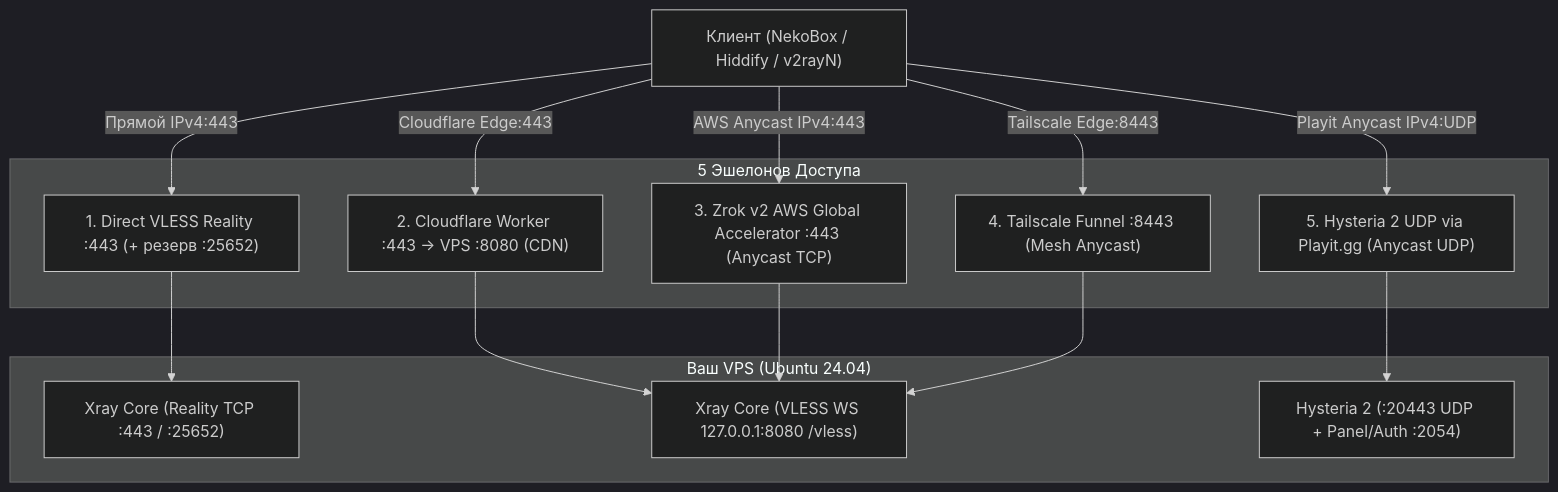
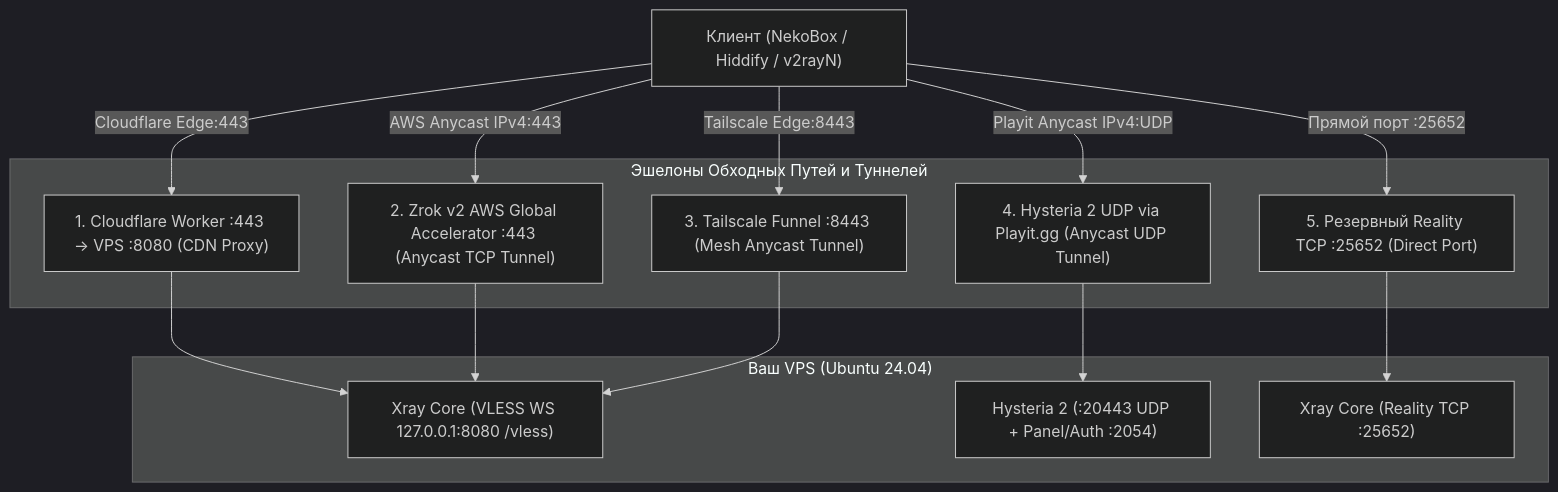
The diagram in README.md (darenn46-cloud/AntiBlock_IPv4_VPS_Free), drawn with Mermaid (dark theme) before and after one commit. The commit also changed other lines of this file, not shown here.

Commit message:
docs: remove 443 direct stealth, focus on reverse tunnels and proxy echelons

````diff
--- a/README.md
+++ b/README.md
@@ -48,24 +48,24 @@
 ```mermaid
 flowchart TD
     Client["Клиент (NekoBox / Hiddify / v2rayN)"]
 
-    subgraph Echelons ["5 Эшелонов Доступа"]
-        E1["1. Direct VLESS Reality :443 (+ резерв :25652)"]
-        E2["2. Cloudflare Worker :443 -> VPS :8080 (CDN)"]
-        E3["3. Zrok v2 AWS Global Accelerator :443 (Anycast TCP)"]
-        E4["4. Tailscale Funnel :8443 (Mesh Anycast)"]
-        E5["5. Hysteria 2 UDP via Playit.gg (Anycast UDP)"]
+    subgraph Echelons ["Эшелоны Обходных Путей и Туннелей"]
+        E1["1. Cloudflare Worker :443 -> VPS :8080 (CDN Proxy)"]
+        E2["2. Zrok v2 AWS Global Accelerator :443 (Anycast TCP Tunnel)"]
+        E3["3. Tailscale Funnel :8443 (Mesh Anycast Tunnel)"]
+        E4["4. Hysteria 2 UDP via Playit.gg (Anycast UDP Tunnel)"]
+        E5["5. Резервный Reality TCP :25652 (Direct Port)"]
     end
 
     subgraph VPS ["Ваш VPS (Ubuntu 24.04)"]
-        XrayReality["Xray Core (Reality TCP :443 / :25652)"]
         XrayWS["Xray Core (VLESS WS 127.0.0.1:8080 /vless)"]
         Hysteria["Hysteria 2 (:20443 UDP + Panel/Auth :2054)"]
+        XrayDirect["Xray Core (Reality TCP :25652)"]
     end
 
-    Client -->|Прямой IPv4:443| E1 --> XrayReality
-    Client -->|Cloudflare Edge:443| E2 --> XrayWS
-    Client -->|AWS Anycast IPv4:443| E3 --> XrayWS
-    Client -->|Tailscale Edge:8443| E4 --> XrayWS
-    Client -->|Playit Anycast IPv4:UDP| E5 --> Hysteria
+    Client -->|Cloudflare Edge:443| E1 --> XrayWS
+    Client -->|AWS Anycast IPv4:443| E2 --> XrayWS
+    Client -->|Tailscale Edge:8443| E3 --> XrayWS
+    Client -->|Playit Anycast IPv4:UDP| E4 --> Hysteria
+    Client -->|Прямой порт :25652| E5 --> XrayDirect
 ```
````
